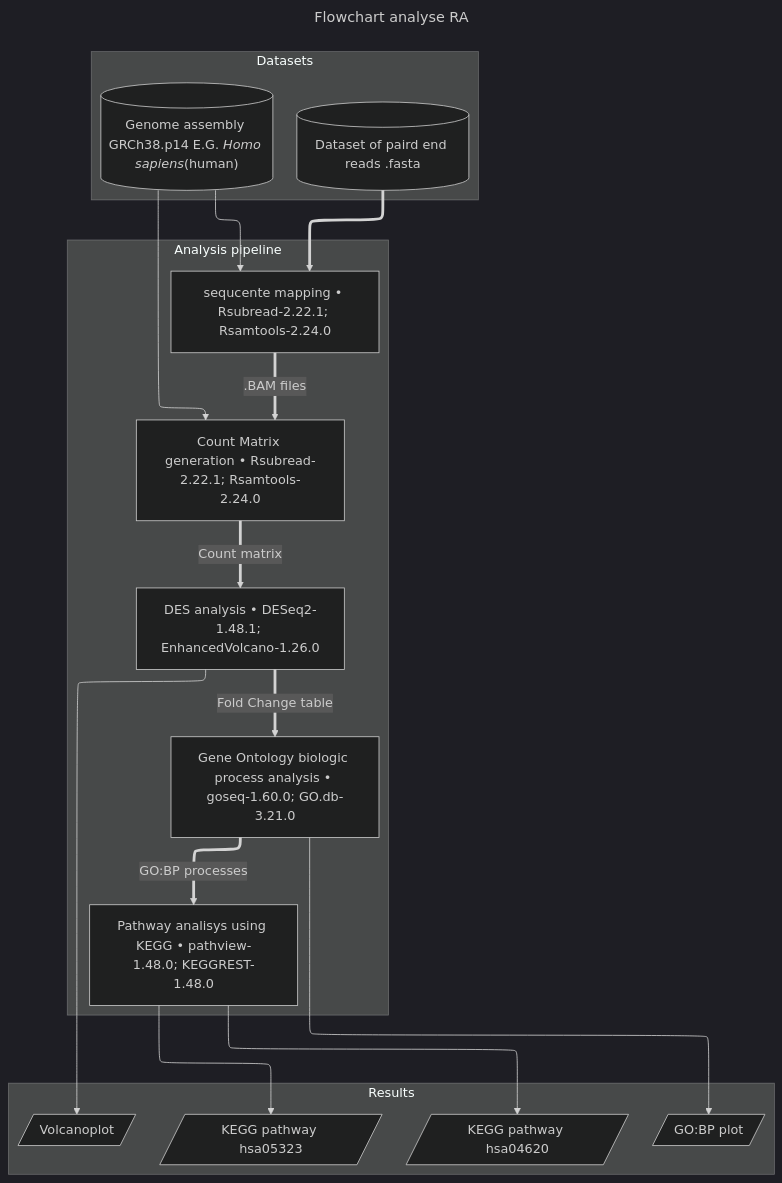
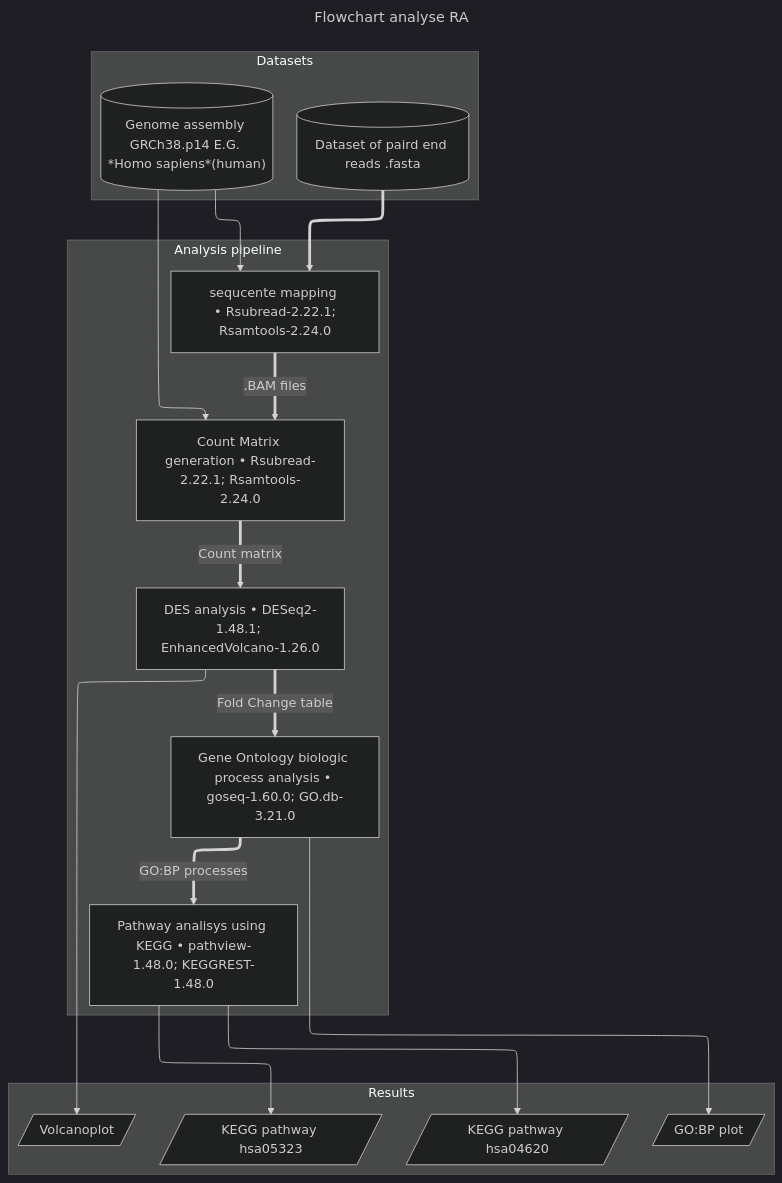
One commit to Quantum-Coder826/J2P4casusTranscriptomics changed the diagram in README.md. Above: the diagram before and after it, drawn with Mermaid (dark theme).

Commit message:
Added br tag test

````diff
--- a/README.md
+++ b/README.md
@@ -55,45 +55,45 @@
 ``` mermaid
 ---
 config:
   flowchart:
     defaultRenderer: elk
 title: Flowchart analyse RA 
 ---
 flowchart-elk TB
   subgraph thee [Datasets]
-    HG38[("`Genome assembly GRCh38.p14 E.G. *Homo sapiens*(human)`")]
+    HG38[("Genome assembly GRCh38.p14 E.G. *Homo sapiens*(human)")]
     dataset[("Dataset of paird end reads .fasta")]
   end
   
   subgraph one [Analysis pipeline]
     HG38 --> seq_map
     HG38 --> matrix
     
     dataset ==> seq_map
     
-    seq_map["sequcente mapping • Rsubread-2.22.1; Rsamtools-2.24.0"] ==>|".BAM files"| matrix
+    seq_map["sequcente mapping <br> • Rsubread-2.22.1; Rsamtools-2.24.0"] ==>|".BAM files"| matrix
     matrix["Count Matrix generation • Rsubread-2.22.1; Rsamtools-2.24.0"] ==>|"Count matrix"| data_ana
     data_ana["DES analysis • DESeq2-1.48.1; EnhancedVolcano-1.26.0"] ==>|"Fold Change table"| GO_ana
     GO_ana["Gene Ontology biologic process analysis • goseq-1.60.0; GO.db-3.21.0"] ==>|"GO:BP processes"| KEGG_ana
     KEGG_ana["Pathway analisys using KEGG • pathview-1.48.0; KEGGREST-1.48.0"]
   end
   
   subgraph two [Results]
     GO_ana ---> GO_plot[/"GO:BP plot"/]
     KEGG_ana ---> KEGG_hsa05323[/"KEGG pathway hsa05323"/]
     KEGG_ana ---> KEGG_hsa04620[/"KEGG pathway hsa04620"/]
     data_ana ---> Volcano[/"Volcanoplot"/]
   end
   
   click HG38 "https://www.ncbi.nlm.nih.gov/datasets/genome/GCF_000001405.40/"
   click seq_map "https://github.com/Quantum-Coder826/J2P4casusTranscriptomics/blob/main/scripts/seq_mapping.R"
   click matrix "https://github.com/Quantum-Coder826/J2P4casusTranscriptomics/blob/main/scripts/count_matrix.R"
   click data_ana "https://github.com/Quantum-Coder826/J2P4casusTranscriptomics/blob/main/scripts/data_ana.R"
   click GO_ana "https://github.com/Quantum-Coder826/J2P4casusTranscriptomics/blob/main/scripts/GO_analysis.R"
   click KEGG_ana "https://github.com/Quantum-Coder826/J2P4casusTranscriptomics/blob/main/scripts/KEGG_analysis.R"
   click GO_plot "https://github.com/Quantum-Coder826/J2P4casusTranscriptomics/#Fig2"
   click KEGG_hsa05323 "https://github.com/Quantum-Coder826/J2P4casusTranscriptomics/#Fig3"
   click KEGG_hsa04620 "https://github.com/Quantum-Coder826/J2P4casusTranscriptomics/#Fig4"
   click Volcano "https://github.com/Quantum-Coder826/J2P4casusTranscriptomics/#Fig1"
   click dataset "https://github.com/Quantum-Coder826/J2P4casusTranscriptomics/tree/main/dataset"
 ```
````
